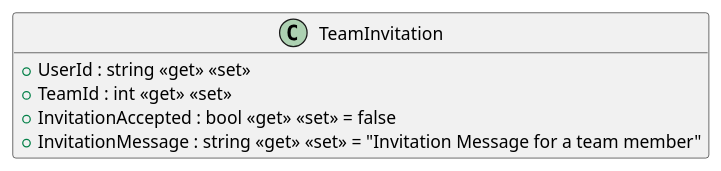
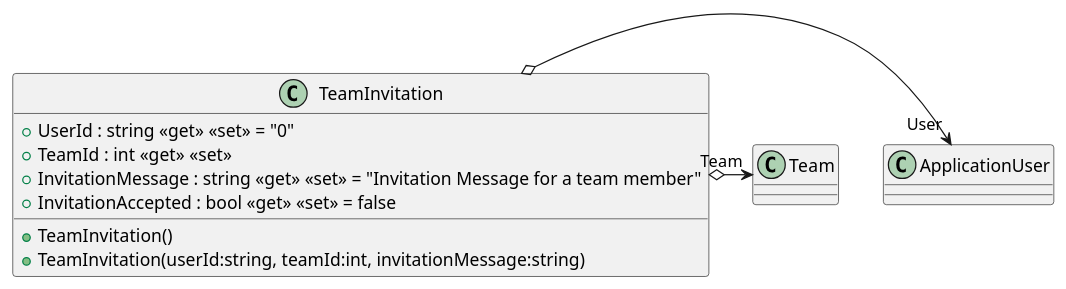
One commit to ISII2627Erasmus/Barca changed the diagram in src/AppForSEII.API/ClassDiagram/TeamInvitation.puml. Above: the diagram before and after it, drawn with PlantUML. The commit also changed 20 other files, not shown here.

```diff
--- a/src/AppForSEII.API/ClassDiagram/TeamInvitation.puml
+++ b/src/AppForSEII.API/ClassDiagram/TeamInvitation.puml
@@ -1,12 +1,12 @@
 @startuml
-hide methods
 class TeamInvitation {
     + TeamInvitation()
-    + TeamInvitation(userId:string, teamId:int, message:string)
-    + UserId : string <<get>> <<set>>
+    + TeamInvitation(userId:string, teamId:int, invitationMessage:string)
+    + UserId : string <<get>> <<set>> = "0"
     + TeamId : int <<get>> <<set>>
+    + InvitationMessage : string <<get>> <<set>> = "Invitation Message for a team member"
     + InvitationAccepted : bool <<get>> <<set>> = false
-    + InvitationMessage : string <<get>> <<set>> = "Invitation Message for a team member"
-
 }
+TeamInvitation o-> "User" ApplicationUser
+TeamInvitation o-> "Team" Team
 @enduml
```
